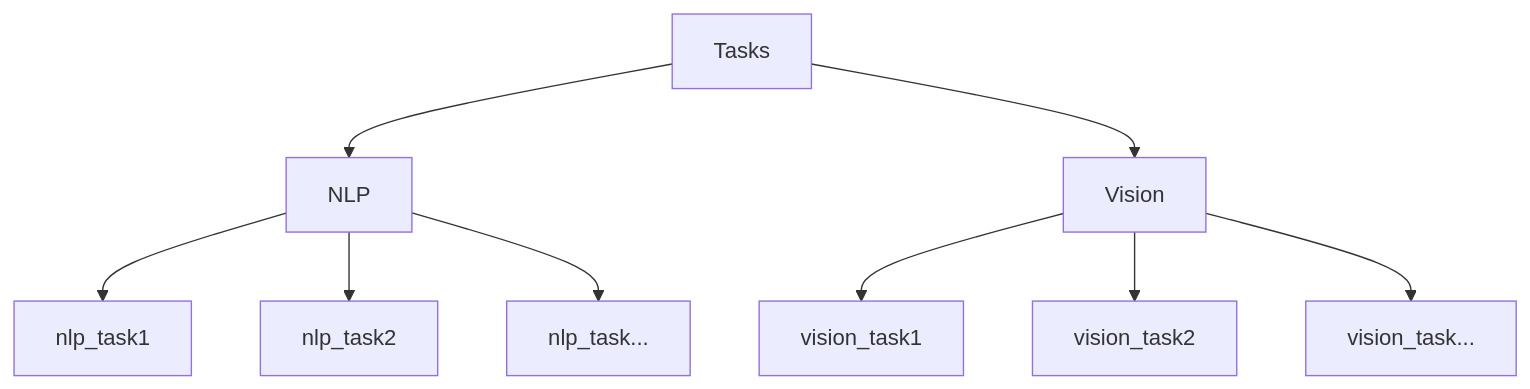
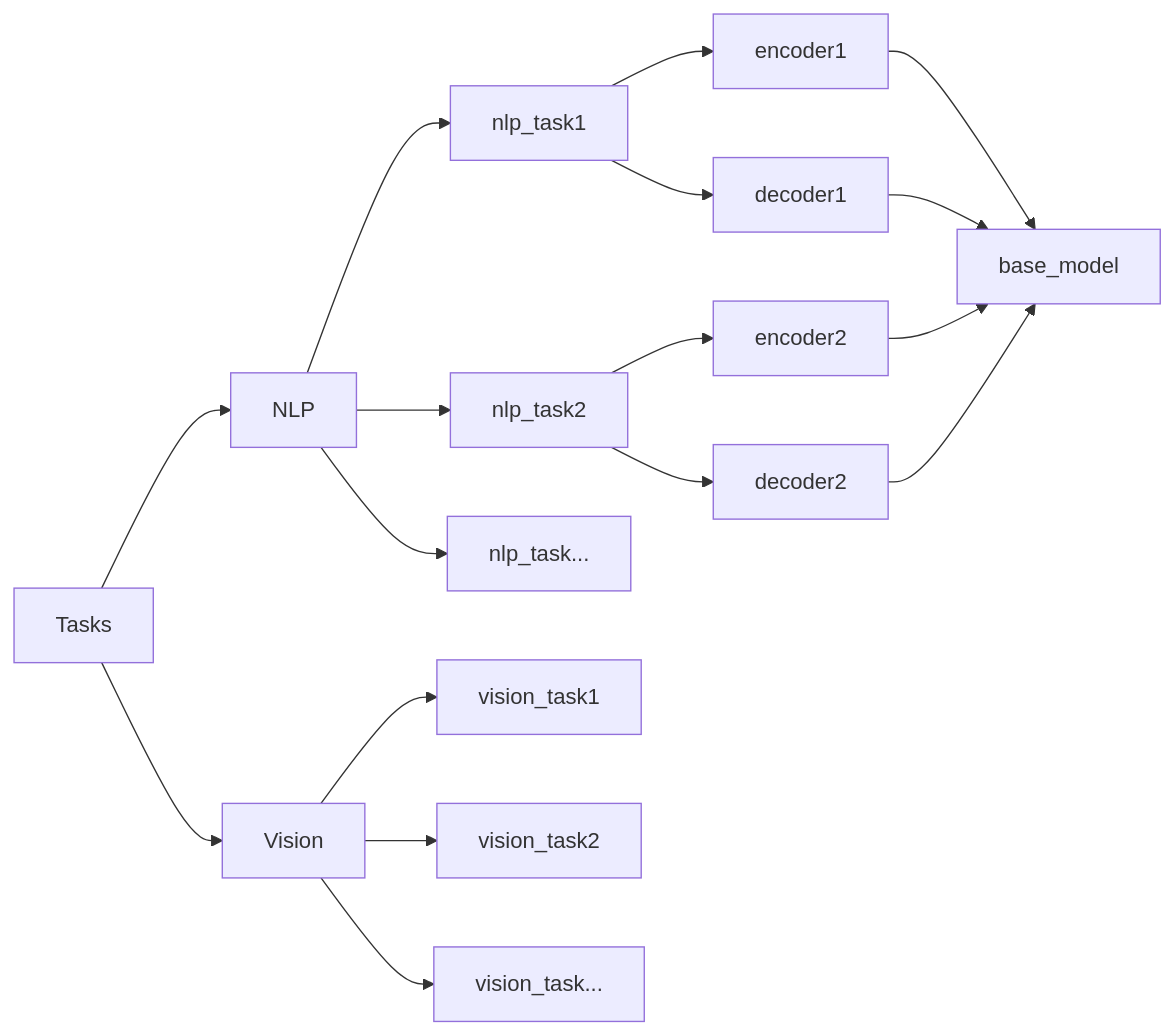
Before and after one commit to cheesama/perceival: the diagram in README.md, drawn with Mermaid.

````diff
--- a/README.md
+++ b/README.md
@@ -4,11 +4,20 @@
 ```mermaid
-graph TD;
+graph LR;
     Tasks-->NLP;
     NLP-->nlp_task1;
     NLP-->nlp_task2;
     NLP-->nlp_task...;
     Tasks-->Vision;
     Vision-->vision_task1;
     Vision-->vision_task2;
     Vision-->vision_task...;
+    nlp_task1-->encoder1
+    nlp_task1-->decoder1
+    encoder1-->base_model
+    decoder1-->base_model
+    nlp_task2-->encoder2
+    nlp_task2-->decoder2
+    encoder2-->base_model
+    decoder2-->base_model
+    
 ```
````
